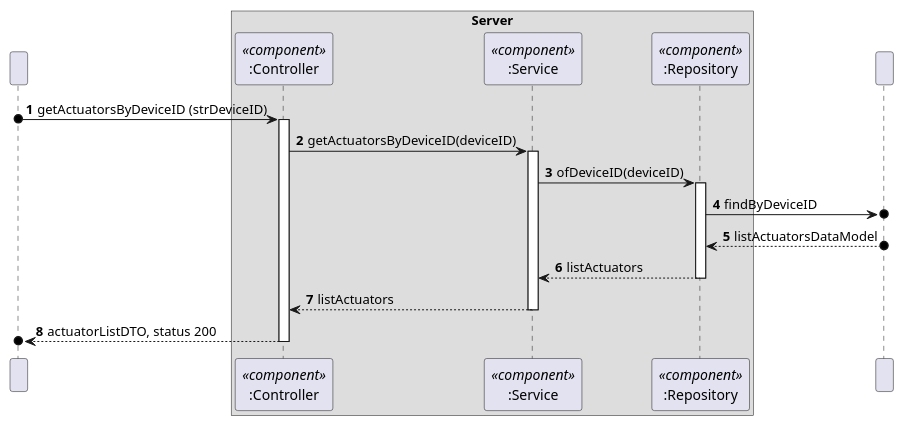
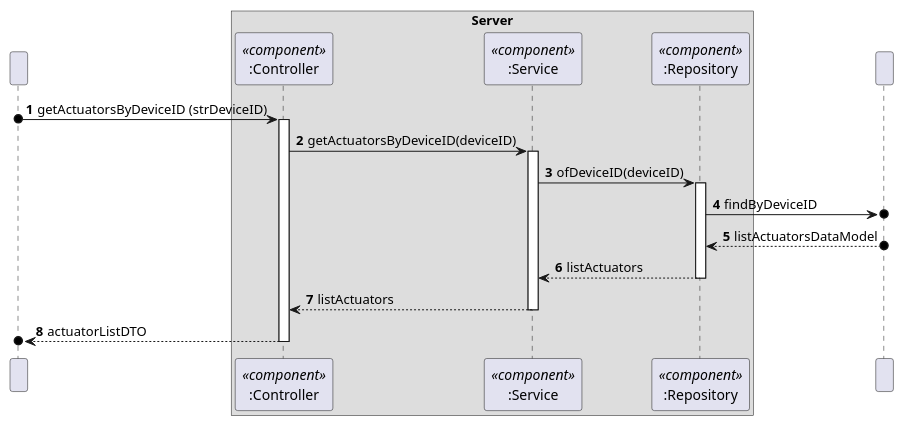
The diagram in docs/C4_4plus1_models/Level4/ProcessView/ProcessViewLevel4_UC15.puml (moutajDev/smarthome), drawn with PlantUML before and after one commit. The commit also changed 23 other files, not shown here.

Commit message:
docs: update to c4 model process view level 4 - Controller returns DTO not JSON

```diff
--- a/docs/C4_4plus1_models/Level4/ProcessView/ProcessViewLevel4_UC15.puml
+++ b/docs/C4_4plus1_models/Level4/ProcessView/ProcessViewLevel4_UC15.puml
@@ -1,40 +1,40 @@
 @startuml
 'https://plantuml.com/sequence-diagram
 !pragma layout smetana
 autonumber
 
 participant " " as HTTP
 
 box "Server"
 participant Controller as ":Controller"<<component>>
 participant Service as ":Service"<<component>>
 participant Repository as ":Repository"<<component>>
 end box
 participant DataBase as " "
 
 HTTP o-> Controller: getActuatorsByDeviceID (strDeviceID)
 activate Controller
 
 Controller -> Service : getActuatorsByDeviceID(deviceID)
 activate Service
 
 Service -> Repository: ofDeviceID(deviceID)
 activate Repository
 
 Repository ->o DataBase: findByDeviceID
 
 DataBase o--> Repository: listActuatorsDataModel
 
 Repository --> Service: listActuators
 deactivate Repository
 
 Service --> Controller: listActuators
 deactivate Service
 
-Controller -->o HTTP: actuatorListDTO, status 200
+Controller -->o HTTP: actuatorListDTO
 deactivate Controller
 
 
 
 
 @enduml
```
